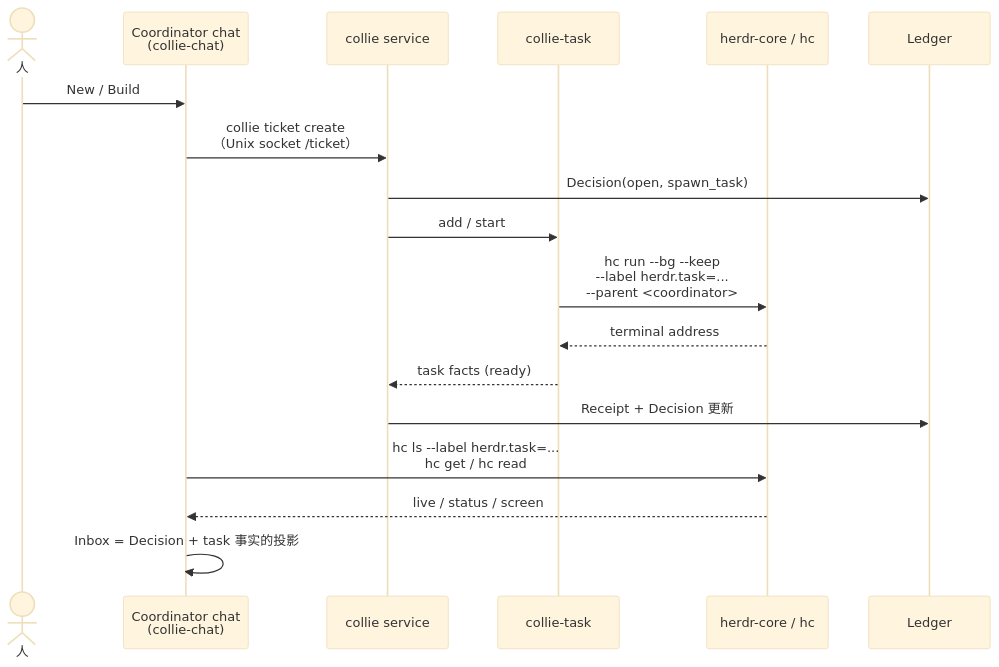
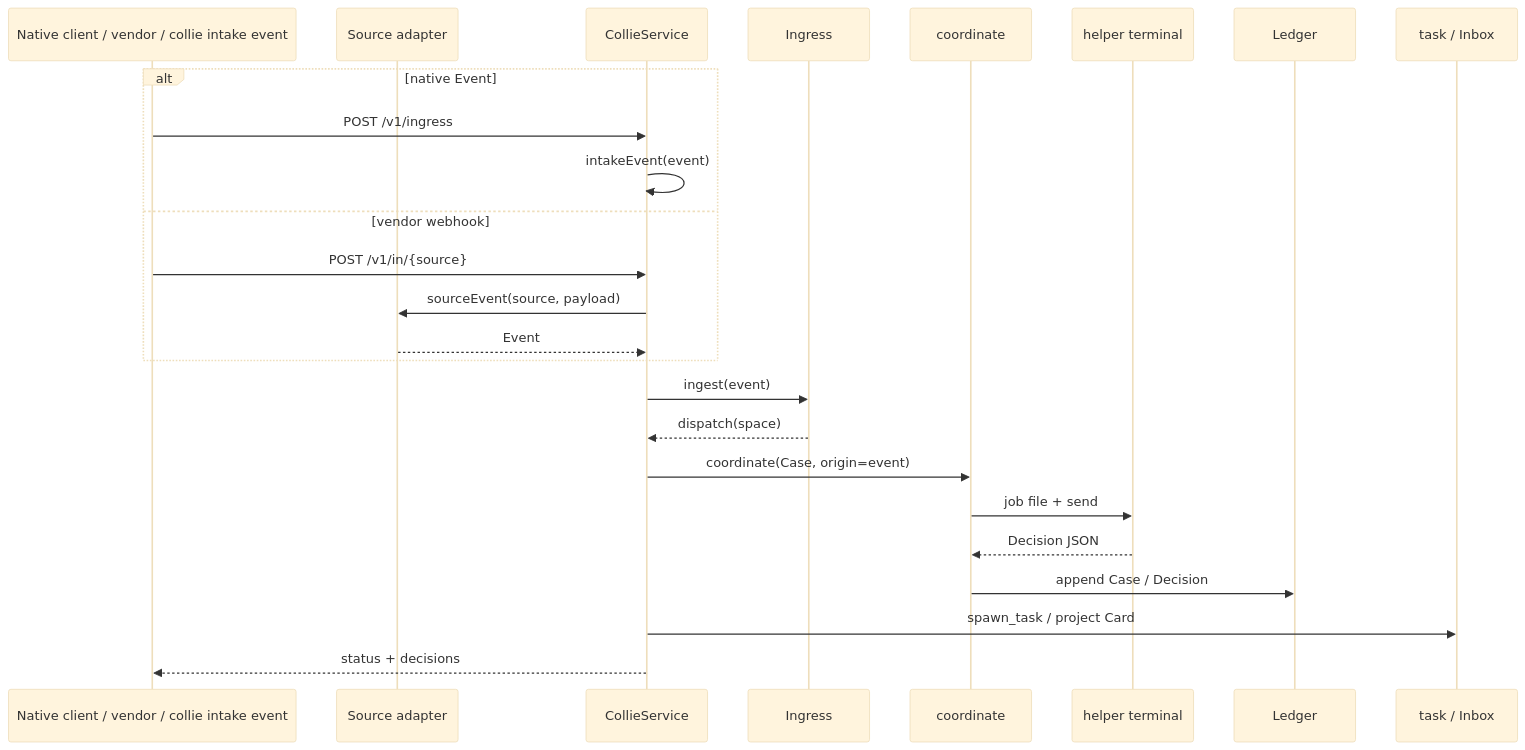
Before and after one commit to iodone/collie: the third of 4 diagrams in docs/ARCHITECTURE.md, drawn with Mermaid (base theme). The commit also changed other lines of this file and 151 other files, not shown here.

First line of the commit message:
feat: complete Collie collaboration and task lifecycle (#40)

````diff
--- a/docs/ARCHITECTURE.md
+++ b/docs/ARCHITECTURE.md
@@ -231,21 +714,27 @@
 ```mermaid
 sequenceDiagram
-  actor P as 人
-  participant C as Coordinator chat<br/>(collie-chat)
-  participant S as collie service
-  participant K as collie-task
-  participant H as herdr-core / hc
+  participant C as Native client / vendor / collie intake event
+  participant A as Source adapter
+  participant S as CollieService
+  participant I as Ingress
+  participant K as coordinate
+  participant H as helper terminal
   participant L as Ledger
-
-  P->>C: New / Build
-  C->>S: collie ticket create<br/>（Unix socket /ticket）
-  S->>L: Decision(open, spawn_task)
-  S->>K: add / start
-  K->>H: hc run --bg --keep<br/>--label herdr.task=...<br/>--parent <coordinator>
-  H-->>K: terminal address
-  K-->>S: task facts (ready)
-  S->>L: Receipt + Decision 更新
-  C->>H: hc ls --label herdr.task=...<br/>hc get / hc read
-  H-->>C: live / status / screen
-  C->>C: Inbox = Decision + task 事实的投影
+  participant T as task / Inbox
+  alt native Event
+    C->>S: POST /v1/ingress
+    S->>S: intakeEvent(event)
+  else vendor webhook
+    C->>S: POST /v1/in/{source}
+    S->>A: sourceEvent(source, payload)
+    A-->>S: Event
+  end
+  S->>I: ingest(event)
+  I-->>S: dispatch(space)
+  S->>K: coordinate(Case, origin=event)
+  K->>H: job file + send
+  H-->>K: Decision JSON
+  K->>L: append Case / Decision
+  S->>T: spawn_task / project Card
+  S-->>C: status + decisions
 ```
````
